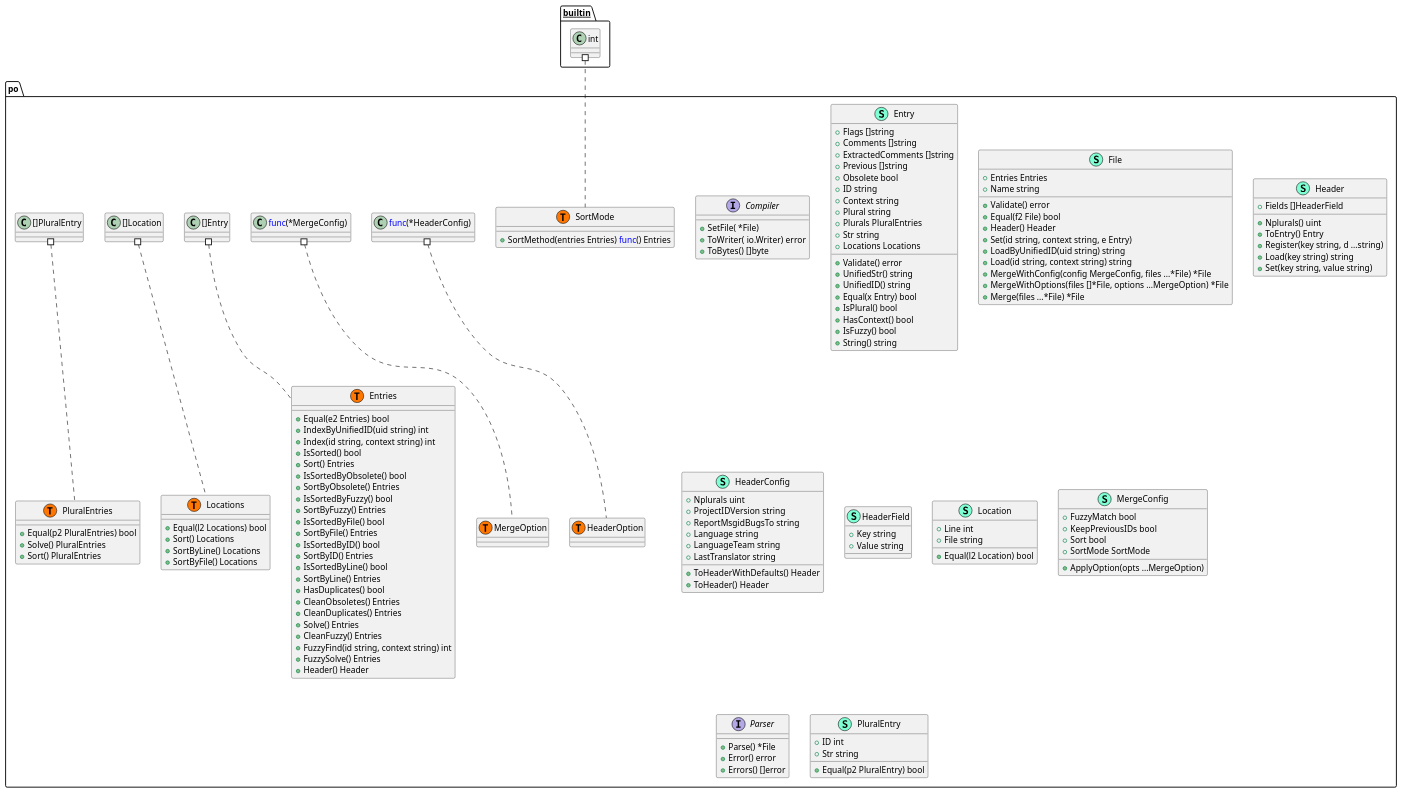
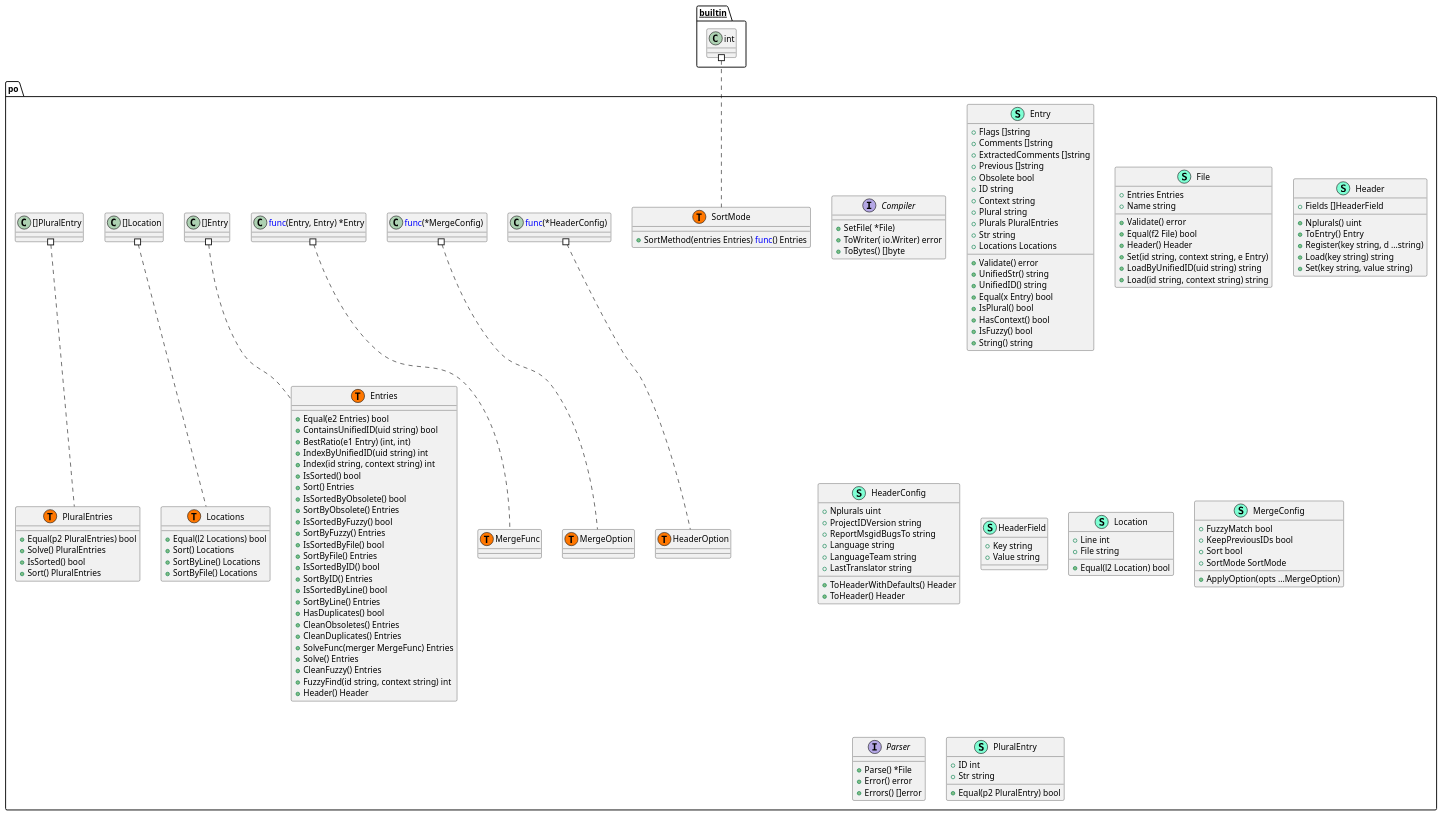
One commit to Tom5521/gotext-tools changed the diagram in pkg/po/structure.puml. Above: the diagram before and after it, drawn with PlantUML. The commit also changed 3 other files, not shown here.

Commit message:
docs: Update UML files

```diff
--- a/pkg/po/structure.puml
+++ b/pkg/po/structure.puml
@@ -1,167 +1,170 @@
 @startuml
 namespace po {
     interface Compiler  {
         + SetFile( *File) 
         + ToWriter( io.Writer) error
         + ToBytes() []byte
 
     }
     class Entries << (S,Aquamarine) >> {
         + Equal(e2 Entries) bool
+        + ContainsUnifiedID(uid string) bool
+        + BestRatio(e1 Entry) (int, int)
         + IndexByUnifiedID(uid string) int
         + Index(id string, context string) int
         + IsSorted() bool
         + Sort() Entries
         + IsSortedByObsolete() bool
         + SortByObsolete() Entries
         + IsSortedByFuzzy() bool
         + SortByFuzzy() Entries
         + IsSortedByFile() bool
         + SortByFile() Entries
         + IsSortedByID() bool
         + SortByID() Entries
         + IsSortedByLine() bool
         + SortByLine() Entries
         + HasDuplicates() bool
         + CleanObsoletes() Entries
         + CleanDuplicates() Entries
+        + SolveFunc(merger MergeFunc) Entries
         + Solve() Entries
         + CleanFuzzy() Entries
         + FuzzyFind(id string, context string) int
-        + FuzzySolve() Entries
         + Header() Header
 
     }
     class Entry << (S,Aquamarine) >> {
         + Flags []string
         + Comments []string
         + ExtractedComments []string
         + Previous []string
         + Obsolete bool
         + ID string
         + Context string
         + Plural string
         + Plurals PluralEntries
         + Str string
         + Locations Locations
 
         + Validate() error
         + UnifiedStr() string
         + UnifiedID() string
         + Equal(x Entry) bool
         + IsPlural() bool
         + HasContext() bool
         + IsFuzzy() bool
         + String() string
 
     }
     class File << (S,Aquamarine) >> {
         + Entries Entries
         + Name string
 
         + Validate() error
         + Equal(f2 File) bool
         + Header() Header
         + Set(id string, context string, e Entry) 
         + LoadByUnifiedID(uid string) string
         + Load(id string, context string) string
-        + MergeWithConfig(config MergeConfig, files ...*File) *File
-        + MergeWithOptions(files []*File, options ...MergeOption) *File
-        + Merge(files ...*File) *File
 
     }
     class Header << (S,Aquamarine) >> {
         + Fields []HeaderField
 
         + Nplurals() uint
         + ToEntry() Entry
         + Register(key string, d ...string) 
         + Load(key string) string
         + Set(key string, value string) 
 
     }
     class HeaderConfig << (S,Aquamarine) >> {
         + Nplurals uint
         + ProjectIDVersion string
         + ReportMsgidBugsTo string
         + Language string
         + LanguageTeam string
         + LastTranslator string
 
         + ToHeaderWithDefaults() Header
         + ToHeader() Header
 
     }
     class HeaderField << (S,Aquamarine) >> {
         + Key string
         + Value string
 
     }
     class Location << (S,Aquamarine) >> {
         + Line int
         + File string
 
         + Equal(l2 Location) bool
 
     }
     class Locations << (S,Aquamarine) >> {
         + Equal(l2 Locations) bool
         + Sort() Locations
         + SortByLine() Locations
         + SortByFile() Locations
 
     }
     class MergeConfig << (S,Aquamarine) >> {
         + FuzzyMatch bool
         + KeepPreviousIDs bool
         + Sort bool
         + SortMode SortMode
 
         + ApplyOption(opts ...MergeOption) 
 
     }
     interface Parser  {
         + Parse() *File
         + Error() error
         + Errors() []error
 
     }
     class PluralEntries << (S,Aquamarine) >> {
         + Equal(p2 PluralEntries) bool
         + Solve() PluralEntries
+        + IsSorted() bool
         + Sort() PluralEntries
 
     }
     class PluralEntry << (S,Aquamarine) >> {
         + ID int
         + Str string
 
         + Equal(p2 PluralEntry) bool
 
     }
     class SortMode << (S,Aquamarine) >> {
         + SortMethod(entries Entries) <font color=blue>func</font>() Entries
 
     }
     class po.Entries << (T, #FF7700) >>  {
     }
     class po.HeaderOption << (T, #FF7700) >>  {
     }
     class po.Locations << (T, #FF7700) >>  {
     }
+    class po.MergeFunc << (T, #FF7700) >>  {
+    }
     class po.MergeOption << (T, #FF7700) >>  {
     }
     class po.PluralEntries << (T, #FF7700) >>  {
     }
     class po.SortMode << (T, #FF7700) >>  {
     }
 }
 
 
 "__builtin__.int" #.. "po.SortMode"
 "po.<font color=blue>func</font>(*HeaderConfig) " #.. "po.HeaderOption"
 "po.<font color=blue>func</font>(*MergeConfig) " #.. "po.MergeOption"
+"po.<font color=blue>func</font>(Entry, Entry) *Entry" #.. "po.MergeFunc"
 "po.[]Entry" #.. "po.Entries"
 "po.[]Location" #.. "po.Locations"
 "po.[]PluralEntry" #.. "po.PluralEntries"
 @enduml
```
